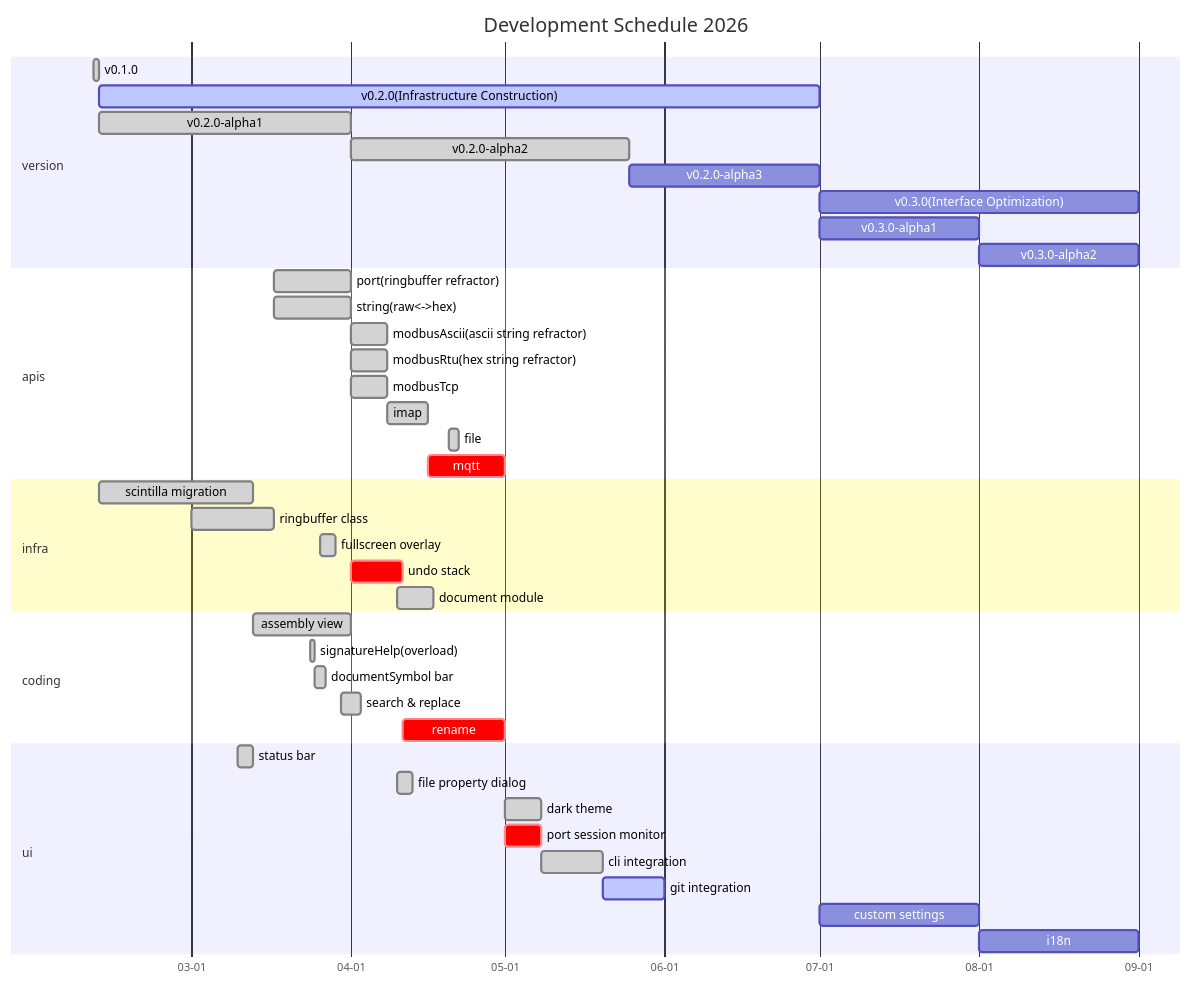
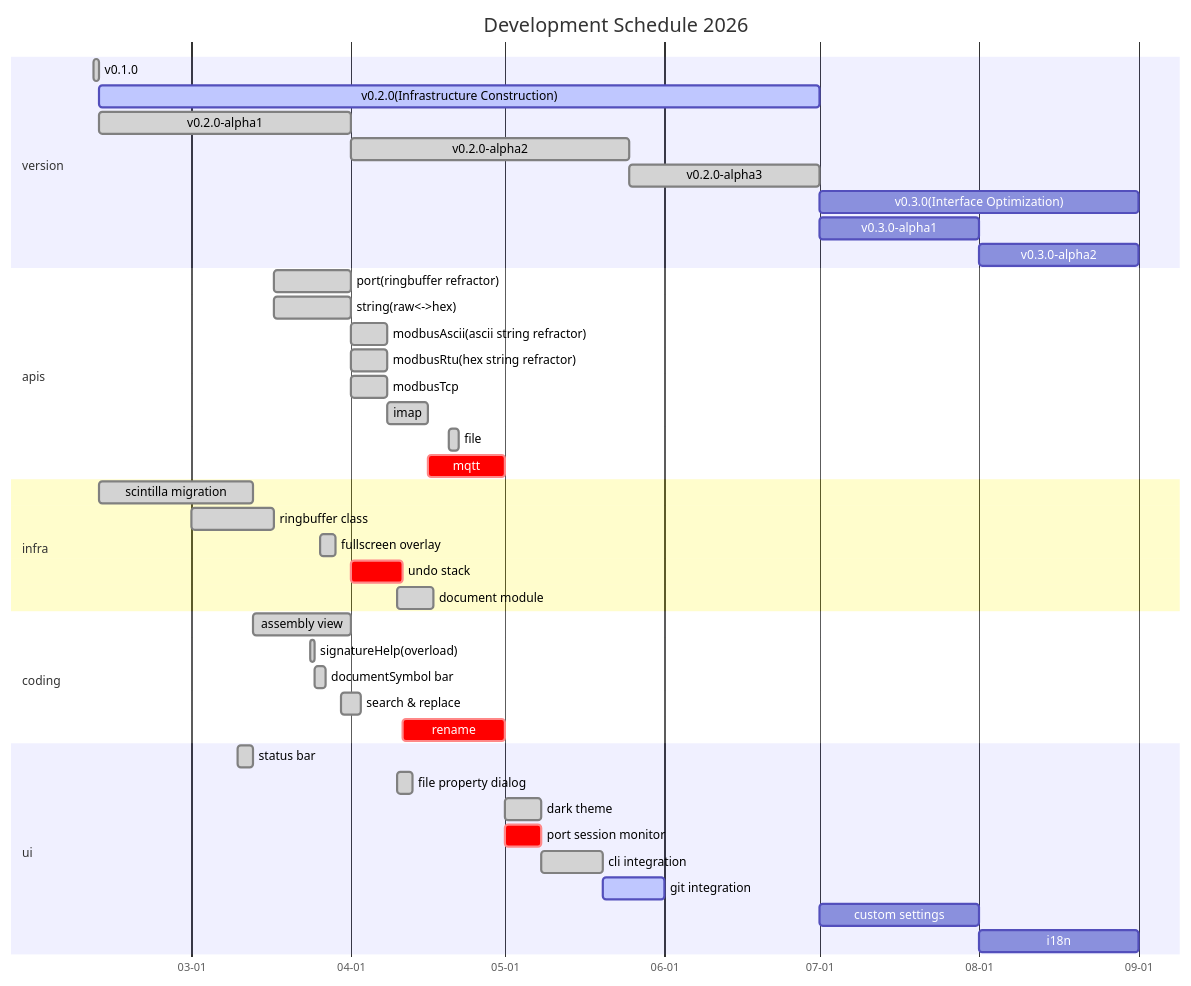
Before and after one commit to zyt20001205/UniComm2: the first of 2 diagrams in README.md, drawn with Mermaid. The commit also changed 7 other files, not shown here.

````diff
--- a/README.md
+++ b/README.md
@@ -36,51 +36,51 @@
 ```mermaid
 gantt
     title Development Schedule 2026
     dateFormat MM-DD
     axisFormat %m-%d
     tickInterval 1month
 
     section version
         v0.1.0: done, 02-10, 1d
         v0.2.0(Infrastructure Construction): active, 02-11, 140d
         v0.2.0-alpha1: done, 02-11, 49d
         v0.2.0-alpha2: done, 04-01, 54d
-        v0.2.0-alpha3: 05-25, 37d
+        v0.2.0-alpha3: done, 05-25, 37d
         v0.3.0(Interface Optimization): 07-01, 62d
         v0.3.0-alpha1: 07-01, 31d
         v0.3.0-alpha2: 08-01, 31d
 
     section apis
         port(ringbuffer refractor): done, 03-17, 15d
         string(raw<->hex): done, 03-17, 15d
         modbusAscii(ascii string refractor): done, 04-01, 7d
         modbusRtu(hex string refractor): done, 04-01, 7d
         modbusTcp: done, 04-01, 7d
         imap: done, 04-08, 8d
         file: done, 04-20, 2d
         mqtt: crit, 04-16, 15d
 
     section infra
         scintilla migration: done, 02-11, 30d
         ringbuffer class: done, 03-01, 16d
         fullscreen overlay: done, 03-26, 3d
         undo stack: crit, 04-01, 10d
         document module: done, 04-10, 7d
 
     section coding
         assembly view: done, 03-13, 19d
         signatureHelp(overload): done, 03-24, 1d
         documentSymbol bar: done, 03-25, 2d
         search & replace: done, 03-30, 4d
         rename: crit, 04-11, 20d
 
     section ui
         status bar: done, 03-10, 3d
         file property dialog: done, 04-10, 3d
         dark theme: done, 05-01, 7d
         port session monitor: crit, 05-01, 7d
         cli integration: done, 05-08, 12d
         git integration: active, 05-20, 12d
         custom settings: 07-01, 31d
         i18n: 08-01, 31d
 ```
````
